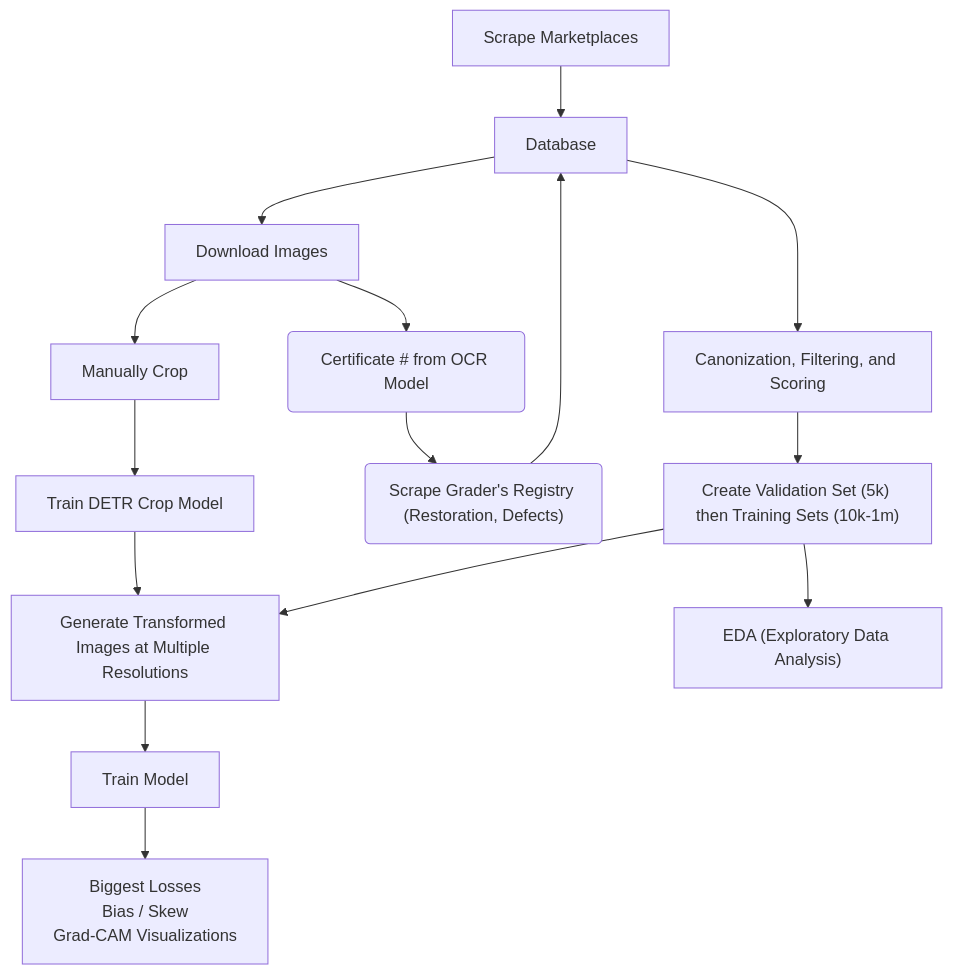
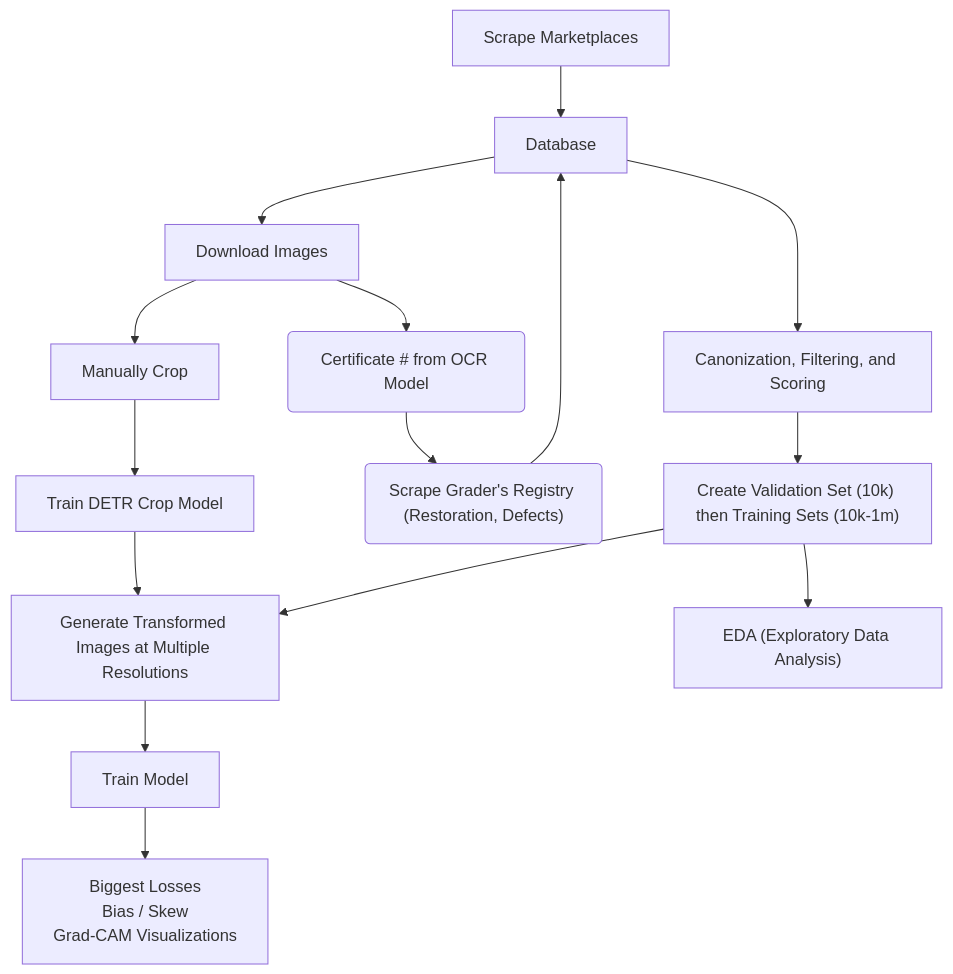
Before and after one commit to conradbkay/blog: the diagram in posts/aicg/index.qmd, drawn with Mermaid. The commit also changed other lines of this file and 34 other files, not shown here.

````diff
--- a/posts/aicg/index.qmd
+++ b/posts/aicg/index.qmd
@@ -204,29 +204,29 @@
 ```{mermaid}
 flowchart TD
     SCR[Scrape Marketplaces]
     SCR --> DB[Database]
 
     DB --> DL[Download Images]
     
     DL --> ANCR[Manually Crop]
     ANCR --> TRCR[Train DETR Crop Model]
     TRCR --> TSFM
 
     DL --> OCR("Certificate # from OCR Model")
     OCR --> SCR2("Scrape Grader's Registry (Restoration, Defects)")
     SCR2 --> DB
 
 
     DB --> SORT["Canonization, Filtering, and Scoring"]
     %% Splitting
-    SORT --> DS["Create Validation Set (5k) then Training Sets (10k-1m)"]
+    SORT --> DS["Create Validation Set (10k) then Training Sets (10k-1m)"]
     DS --> EDA["EDA (Exploratory Data Analysis)"]
 
     DS --> TSFM[Generate Transformed Images at Multiple Resolutions]
     TSFM --> TR[Train Model]
     TR --> VIS[
       Biggest Losses
       Bias / Skew
       Grad-CAM Visualizations
     ]
 ```
````
